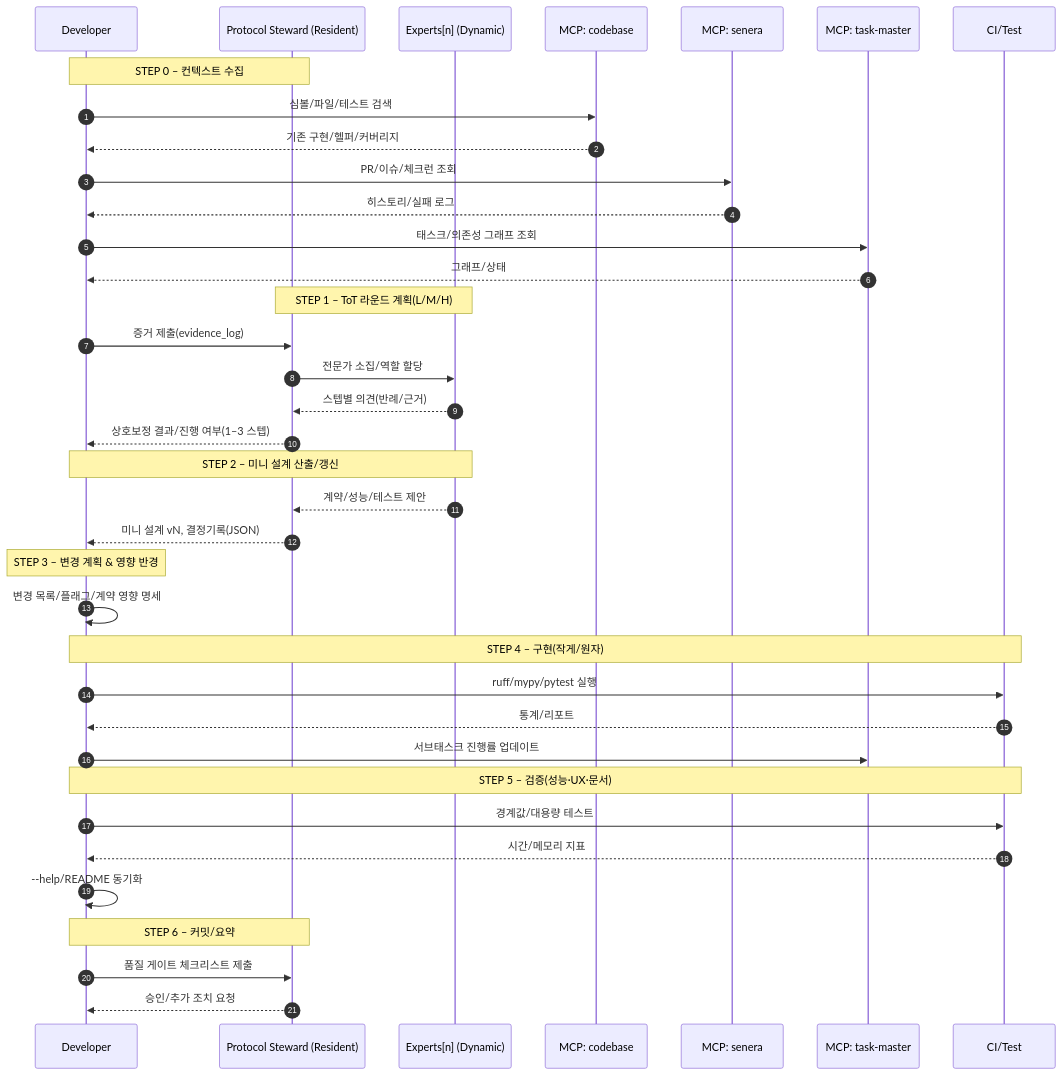
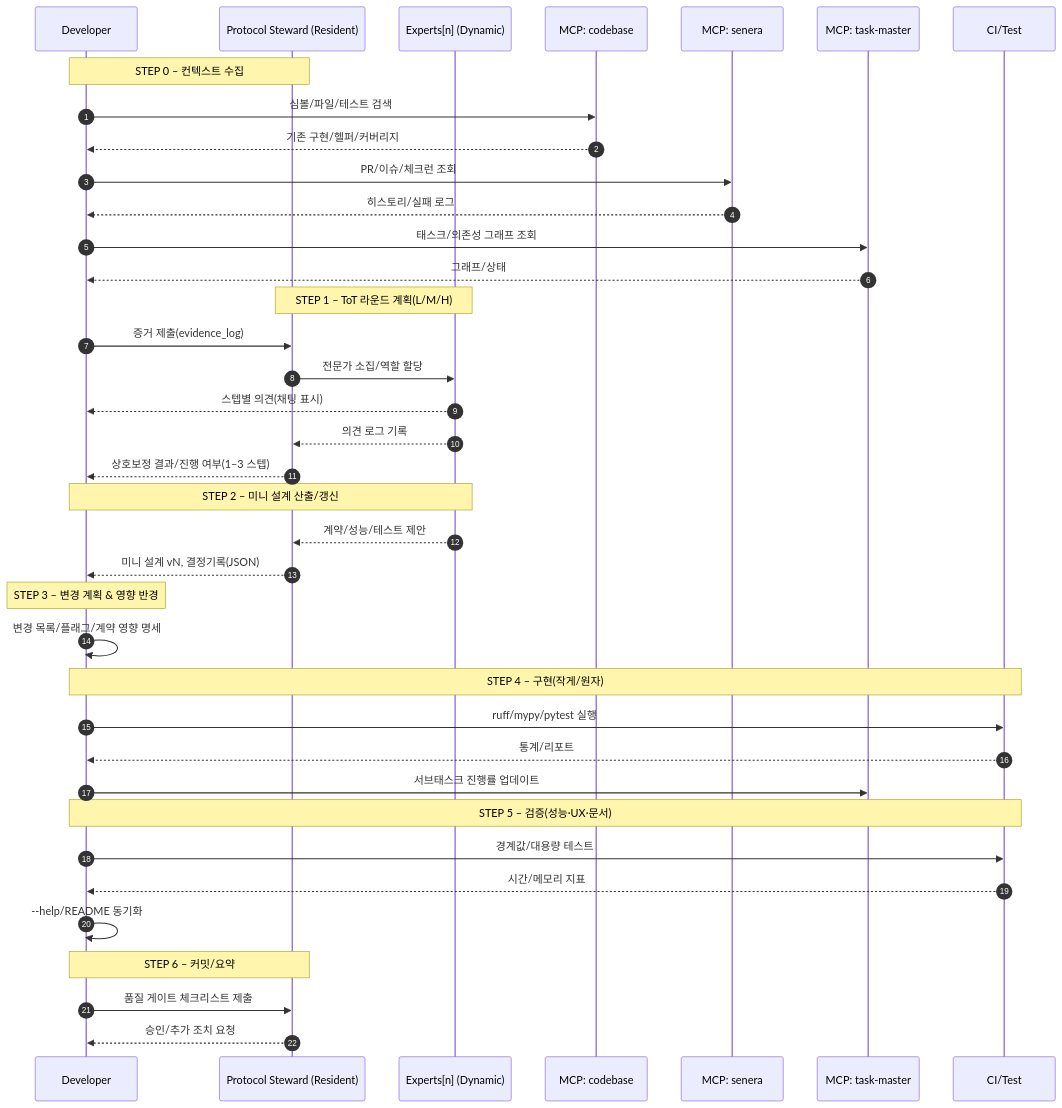
The diagram in docs/_proof_driven_dev_mode.md (tigers2020/AniVault), drawn with Mermaid before and after one commit. The commit also changed other lines of this file and 152 other files, not shown here.

````diff
--- a/docs/_proof_driven_dev_mode.md
+++ b/docs/_proof_driven_dev_mode.md
@@ -276,46 +484,47 @@
 ```mermaid
 sequenceDiagram
   autonumber
   participant Dev as Developer
   participant PS as Protocol Steward (Resident)
   participant EXP as Experts[n] (Dynamic)
   participant CB as MCP: codebase
   participant SE as MCP: senera
   participant TM as MCP: task-master
   participant CI as CI/Test
 
   Note over Dev,PS: STEP 0 – 컨텍스트 수집
   Dev->>CB: 심볼/파일/테스트 검색
   CB-->>Dev: 기존 구현/헬퍼/커버리지
   Dev->>SE: PR/이슈/체크런 조회
   SE-->>Dev: 히스토리/실패 로그
   Dev->>TM: 태스크/의존성 그래프 조회
   TM-->>Dev: 그래프/상태
 
   Note over PS,EXP: STEP 1 – ToT 라운드 계획(L/M/H)
   Dev->>PS: 증거 제출(evidence_log)
   PS->>EXP: 전문가 소집/역할 할당
-  EXP-->>PS: 스텝별 의견(반례/근거)
+  EXP-->>Dev: 스텝별 의견(채팅 표시)
+  EXP-->>PS: 의견 로그 기록
   PS-->>Dev: 상호보정 결과/진행 여부(1–3 스텝)
 
   Note over Dev,EXP: STEP 2 – 미니 설계 산출/갱신
   EXP-->>PS: 계약/성능/테스트 제안
   PS-->>Dev: 미니 설계 vN, 결정기록(JSON)
 
   Note over Dev: STEP 3 – 변경 계획 & 영향 반경
   Dev->>Dev: 변경 목록/플래그/계약 영향 명세
 
   Note over Dev,CI: STEP 4 – 구현(작게/원자)
   Dev->>CI: ruff/mypy/pytest 실행
   CI-->>Dev: 통계/리포트
   Dev->>TM: 서브태스크 진행률 업데이트
 
   Note over Dev,CI: STEP 5 – 검증(성능·UX·문서)
   Dev->>CI: 경계값/대용량 테스트
   CI-->>Dev: 시간/메모리 지표
   Dev->>Dev: --help/README 동기화
 
   Note over Dev,PS: STEP 6 – 커밋/요약
   Dev->>PS: 품질 게이트 체크리스트 제출
   PS-->>Dev: 승인/추가 조치 요청
 ```
````
